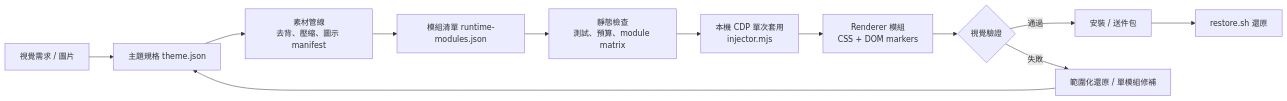
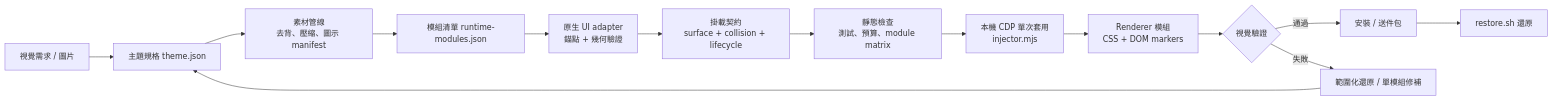
One commit to jiarong0423/codex-dream-skin-workflow-engine changed the first of 2 diagrams in README.md. Above: the diagram before and after it, drawn with Mermaid. The commit also changed other lines of this file and 12 other files, not shown here.

````diff
--- a/README.md
+++ b/README.md
@@ -33,14 +43,16 @@
 ```mermaid
 flowchart LR
   A["視覺需求 / 圖片"] --> B["主題規格 theme.json"]
   B --> C["素材管線<br/>去背、壓縮、圖示 manifest"]
   C --> D["模組清單 runtime-modules.json"]
-  D --> E["靜態檢查<br/>測試、預算、module matrix"]
-  E --> F["本機 CDP 單次套用<br/>injector.mjs"]
-  F --> G["Renderer 模組<br/>CSS + DOM markers"]
-  G --> H{"視覺驗證"}
-  H -->|通過| I["安裝 / 送件包"]
-  H -->|失敗| J["範圍化還原 / 單模組修補"]
-  J --> B
-  I --> K["restore.sh 還原"]
+  D --> E["原生 UI adapter<br/>錨點 + 幾何驗證"]
+  E --> F["掛載契約<br/>surface + collision + lifecycle"]
+  F --> G["靜態檢查<br/>測試、預算、module matrix"]
+  G --> H["本機 CDP 單次套用<br/>injector.mjs"]
+  H --> I["Renderer 模組<br/>CSS + DOM markers"]
+  I --> J{"視覺驗證"}
+  J -->|通過| K["安裝 / 送件包"]
+  J -->|失敗| L["範圍化還原 / 單模組修補"]
+  L --> B
+  K --> M["restore.sh 還原"]
 ```
````
